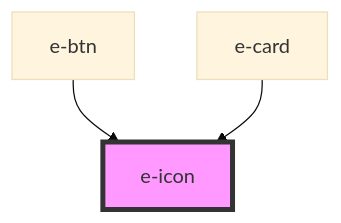
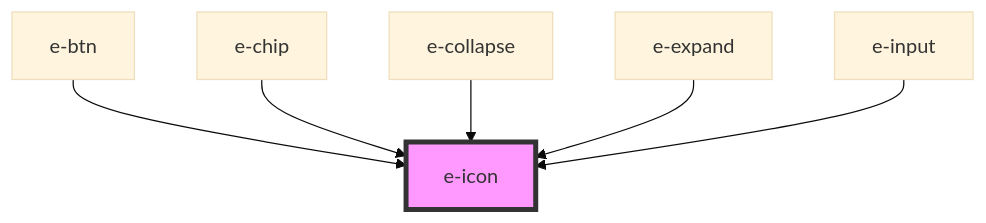
The diagram in src/components/e-icon/readme.md (kabbandre/Equinox-Web-Components), drawn with Mermaid (base theme) before and after one commit. The commit also changed other lines of this file and 251 other files, not shown here.

````diff
--- a/src/components/e-icon/readme.md
+++ b/src/components/e-icon/readme.md
@@ -25,6 +28,9 @@
 ```mermaid
 graph TD;
   e-btn --> e-icon
-  e-card --> e-icon
+  e-chip --> e-icon
+  e-collapse --> e-icon
+  e-expand --> e-icon
+  e-input --> e-icon
   style e-icon fill:#f9f,stroke:#333,stroke-width:4px
 ```
````
